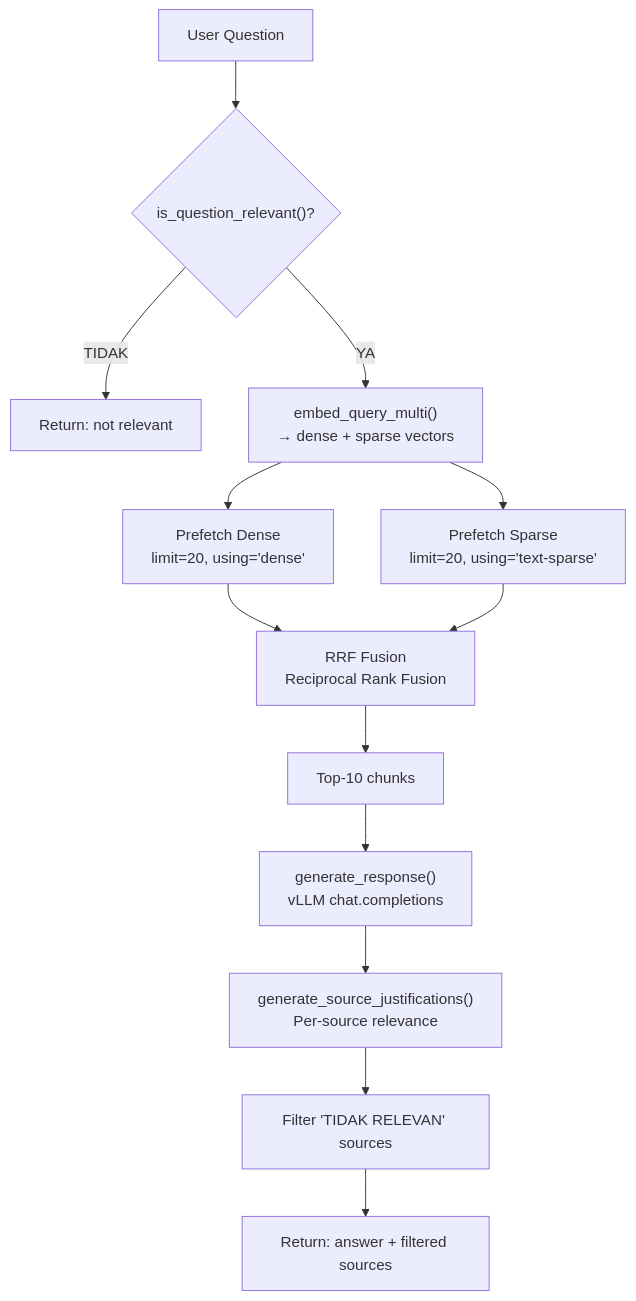
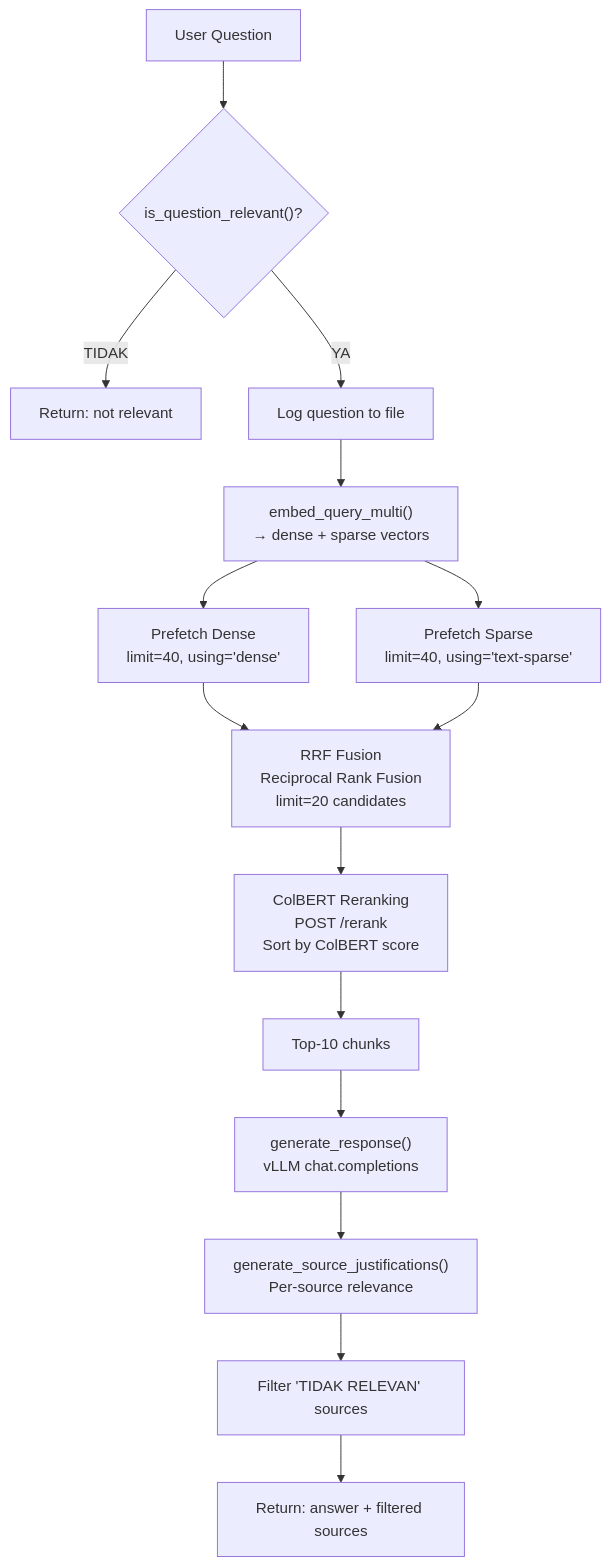
Diagram 13 of 13 in docs/MICROSERVICES_ARCHITECTURE.md (kristonova/rag-for-l1-aleleon-hpc-support), drawn with Mermaid before and after one commit. The commit also changed other lines of this file, not shown here.

Commit message:
docs: add microservices architecture documentation and archive rag_slurm_vllm.py script

````diff
--- a/docs/MICROSERVICES_ARCHITECTURE.md
+++ b/docs/MICROSERVICES_ARCHITECTURE.md
@@ -492,15 +611,17 @@
 ```mermaid
 graph TD
     Q["User Question"] --> REL{"is_question_relevant()?"}
     REL -->|TIDAK| REJECT["Return: not relevant"]
-    REL -->|YA| EMB["embed_query_multi()<br/>→ dense + sparse vectors"]
-    EMB --> P1["Prefetch Dense<br/>limit=20, using='dense'"]
-    EMB --> P2["Prefetch Sparse<br/>limit=20, using='text-sparse'"]
-    P1 --> RRF["RRF Fusion<br/>Reciprocal Rank Fusion"]
+    REL -->|YA| LOG["Log question to file"]
+    LOG --> EMB["embed_query_multi()<br/>→ dense + sparse vectors"]
+    EMB --> P1["Prefetch Dense<br/>limit=40, using='dense'"]
+    EMB --> P2["Prefetch Sparse<br/>limit=40, using='text-sparse'"]
+    P1 --> RRF["RRF Fusion<br/>Reciprocal Rank Fusion<br/>limit=20 candidates"]
     P2 --> RRF
-    RRF --> TOP["Top-10 chunks"]
+    RRF --> RERANK["ColBERT Reranking<br/>POST /rerank<br/>Sort by ColBERT score"]
+    RERANK --> TOP["Top-10 chunks"]
     TOP --> GEN["generate_response()<br/>vLLM chat.completions"]
     GEN --> JUST["generate_source_justifications()<br/>Per-source relevance"]
     JUST --> FILT["Filter 'TIDAK RELEVAN' sources"]
     FILT --> OUT["Return: answer + filtered sources"]
 ```
````
